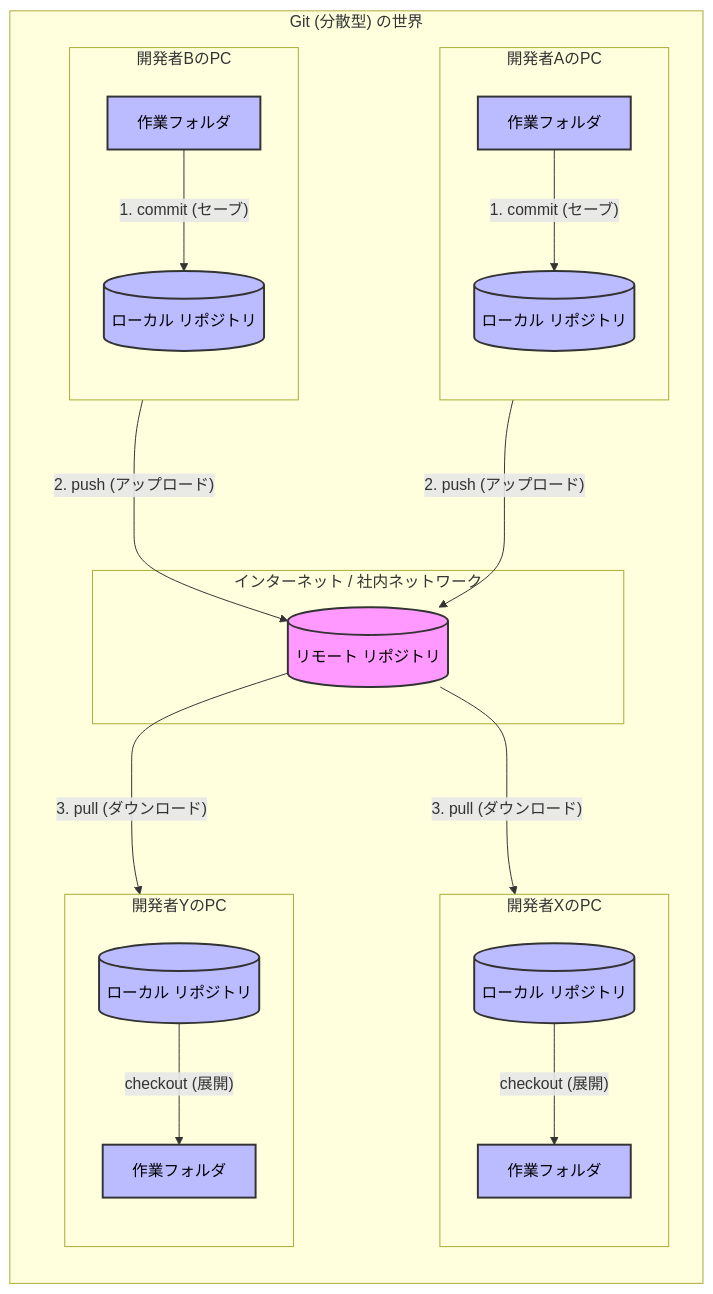
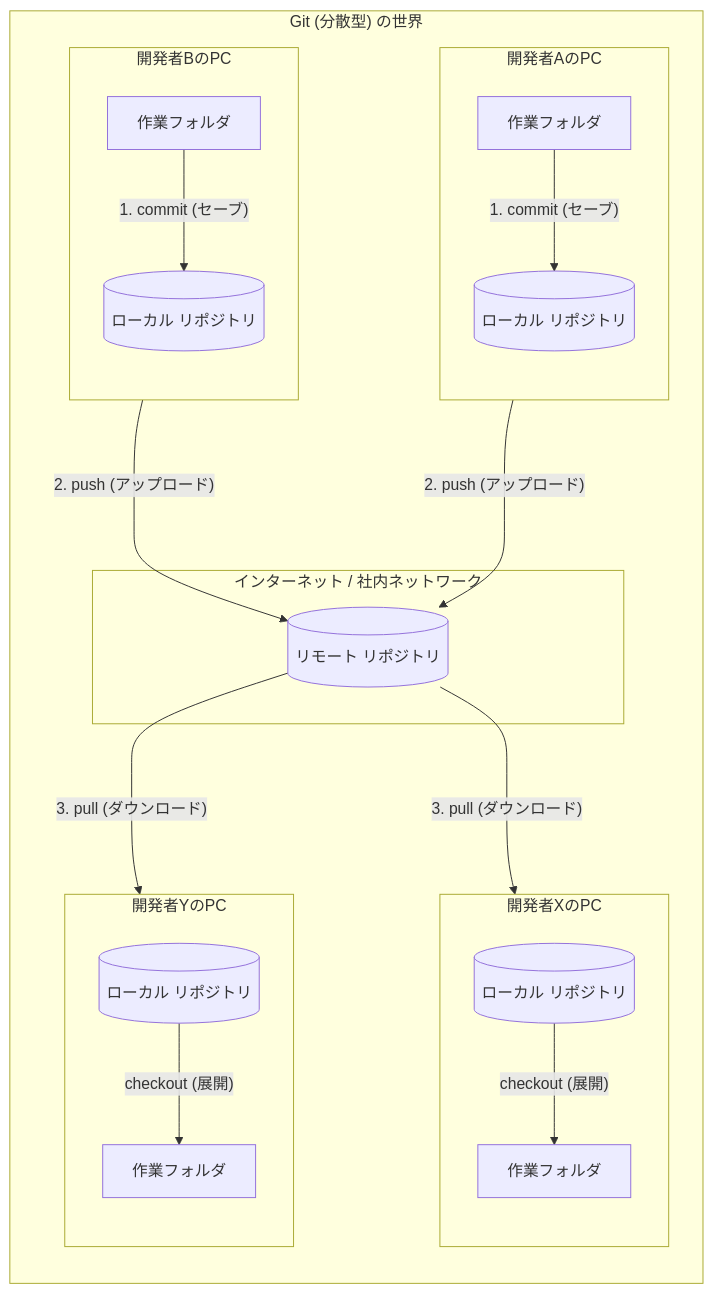
Before and after one commit to t-inoue0214/starter-git-and-github: the fourth of 6 diagrams in 00_history_and_concept/README.md, drawn with Mermaid. The commit also changed other lines of this file, not shown here.

````diff
--- a/00_history_and_concept/README.md
+++ b/00_history_and_concept/README.md
@@ -199,59 +197,56 @@
 ```mermaid
 flowchart TB
-    classDef server fill:#f9f,stroke:#333,stroke-width:2px,color:black;
-    classDef pc fill:#bbf,stroke:#333,stroke-width:2px,color:black;
-    classDef connect stroke:#333,stroke-width:2px,stroke-dasharray: 5 5;
     
     subgraph SVN_World ["Git (分散型) の世界"]
         direction TB
 
         subgraph RemoteArea ["インターネット / 社内ネットワーク"]
             GitRemote[("リモート リポジトリ")]:::server
         end
 
         subgraph UserA_PC ["開発者AのPC"]
             direction TB
 
             LocalA[("ローカル リポジトリ")]:::pc
             WorkA[作業フォルダ]:::pc
             
             WorkA -- "1. commit (セーブ)" --> LocalA
         end
 
 
         subgraph UserB_PC ["開発者BのPC"]
             direction TB
 
             LocalB[("ローカル リポジトリ")]:::pc
             WorkB[作業フォルダ]:::pc
             
             WorkB -- "1. commit (セーブ)" --> LocalB
         end
 
         subgraph UserX_PC ["開発者XのPC"]
             direction TB
 
             LocalX[("ローカル リポジトリ")]:::pc
             WorkX[作業フォルダ]:::pc
             
             LocalX -- "checkout (展開)" --> WorkX
         end
 
         subgraph UserY_PC ["開発者YのPC"]
             direction TB
             
             LocalY[("ローカル リポジトリ")]:::pc
             WorkY[作業フォルダ]:::pc
             
             LocalY -- "checkout (展開)" --> WorkY
         end
 
         LocalA -- "2. push (アップロード)" ---> GitRemote
         LocalB -- "2. push (アップロード)" ---> GitRemote
         GitRemote -- "3. pull (ダウンロード)" ---> LocalX
         GitRemote -- "3. pull (ダウンロード)" ---> LocalY
 
         UserA_PC ~~~ RemoteArea ~~~ UserX_PC
         UserB_PC ~~~ RemoteArea ~~~ UserY_PC
     end
 ```
````
